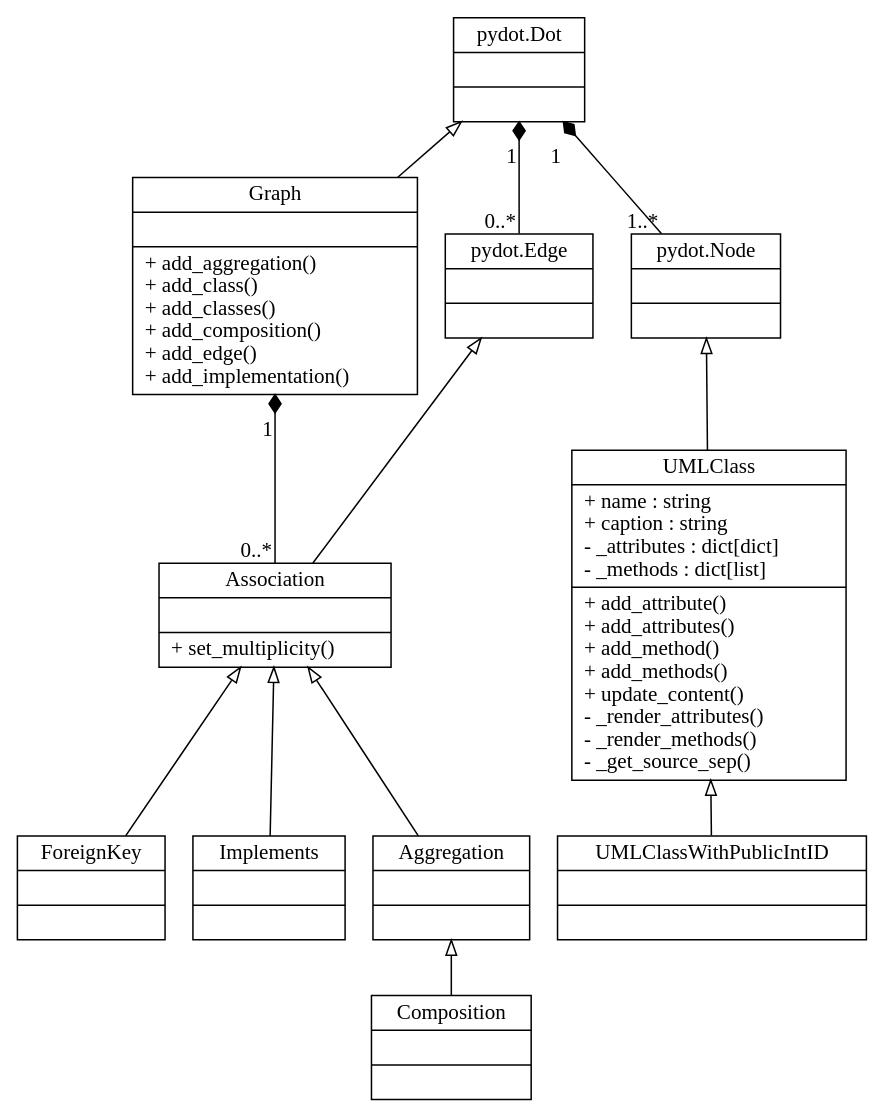
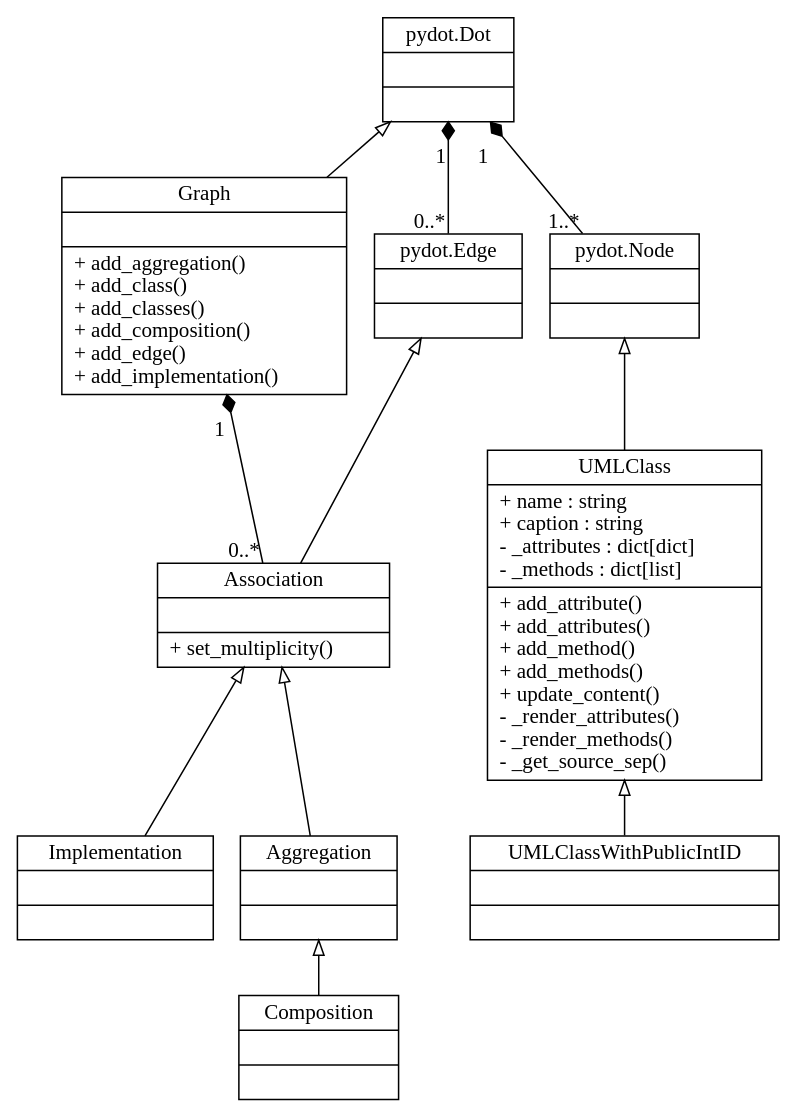
One commit to trevismd/pyUML changed the diagram in README.md. Above: the diagram before and after it, drawn with Graphviz. The commit also changed other lines of this file and 2 other files, not shown here.

````diff
--- a/README.md
+++ b/README.md
@@ -82,26 +81,24 @@
 ```dot
 digraph pyUML {
 "pydot.Dot" [label="{pydot.Dot||}", shape=record];
 GraphClass [label="{Graph||+ add_aggregation()\l+ add_class()\l+ add_classes()\l+ add_composition()\l+ add_edge()\l+ add_implementation()\l}", shape=record];
 "pydot.Dot" -> GraphClass  [arrowtail=onormal, dir=back];
 "pydot.Node" [label="{pydot.Node||}", shape=record];
 UMLClass [label="{UMLClass|+ name : string\l+ caption : string\l- _attributes : dict[dict]\l- _methods : dict[list]\l|+ add_attribute()\l+ add_attributes()\l+ add_method()\l+ add_methods()\l+ update_content()\l- _render_attributes()\l- _render_methods()\l- _get_source_sep()\l}", shape=record];
 "pydot.Node" -> UMLClass  [arrowtail=onormal, dir=back];
 UMLClassWithPublicIntID [label="{UMLClassWithPublicIntID||}", shape=record];
 UMLClass -> UMLClassWithPublicIntID  [arrowtail=onormal, dir=back];
 "pydot.Edge" [label="{pydot.Edge||}", shape=record];
 Association [label="{Association||+ set_multiplicity()\l}", shape=record];
-ForeignKey [label="{ForeignKey||}", shape=record];
-Implements [label="{Implements||}", shape=record];
+Implementation [label="{Implementation||}", shape=record];
 Aggregation [label="{Aggregation||}", shape=record];
 Composition [label="{Composition||}", shape=record];
 "pydot.Edge" -> Association  [arrowtail=onormal, dir=back];
-Association -> ForeignKey  [arrowtail=onormal, dir=back];
-Association -> Implements  [arrowtail=onormal, dir=back];
+Association -> Implementation  [arrowtail=onormal, dir=back];
 Association -> Aggregation  [arrowtail=onormal, dir=back];
 Aggregation -> Composition  [arrowtail=onormal, dir=back];
 "pydot.Dot" -> "pydot.Node"  [arrowtail=diamond, dir=back, headlabel="\n1..*", taillabel="\n1"];
 "pydot.Dot" -> "pydot.Edge"  [arrowtail=diamond, dir=back, headlabel="\n0..*", taillabel="\n1"];
 GraphClass -> Association  [arrowtail=diamond, dir=back, headlabel="\n0..*", taillabel="\n1"];
 }
 ```
````
